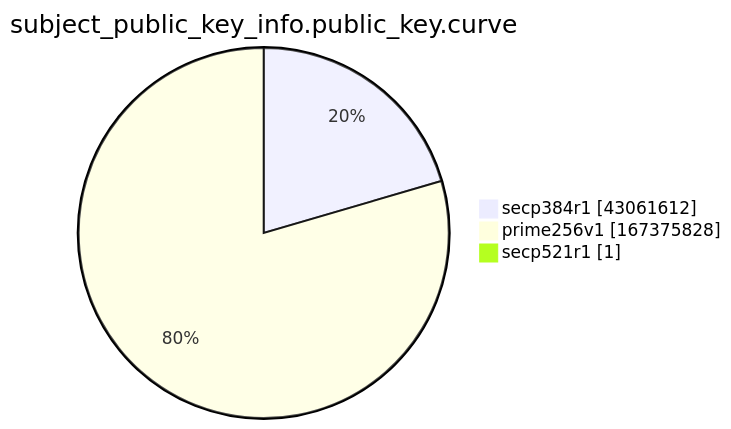
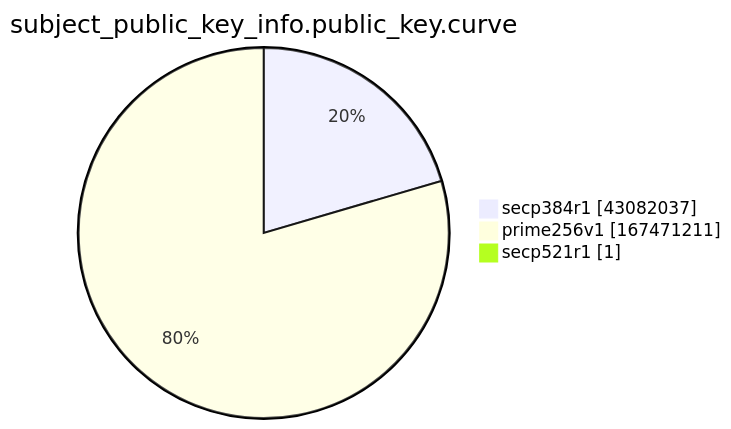
Before and after one commit to christiankrug/ctmonitor_visualization: the ninth of 15 diagrams in xenon2022/README.md, drawn with Mermaid. The commit also changed other lines of this file, not shown here.

````diff
--- a/xenon2022/README.md
+++ b/xenon2022/README.md
@@ -2869,7 +2869,7 @@
 ```mermaid
 pie showData
 title subject_public_key_info.public_key.curve
-"secp384r1" :43061612
-"prime256v1" :167375828
+"secp384r1" :43082037
+"prime256v1" :167471211
 "secp521r1" :1
 ```
````
